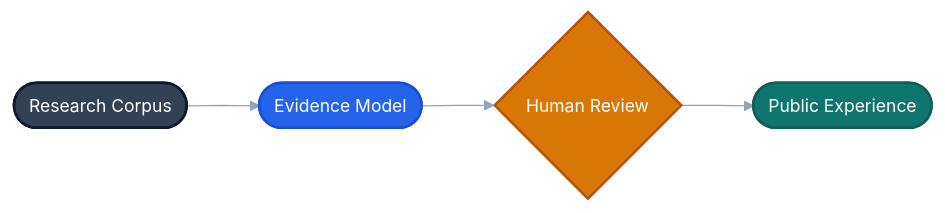
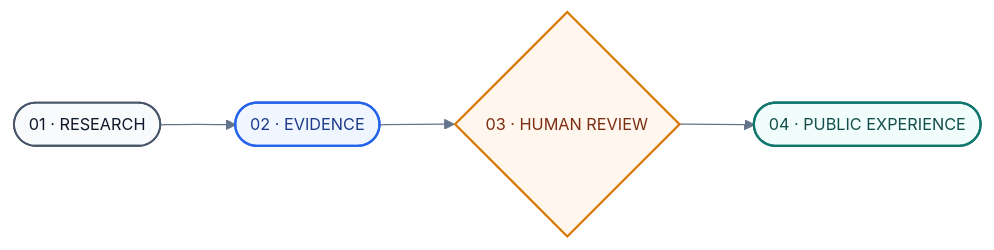
Before and after one commit to drferdi/Kediri-Kings-Century: the first of 4 diagrams in README.md, drawn with Mermaid. The commit also changed other lines of this file, not shown here.

Commit message:
docs(readme): fix table overlap and rebalance visual system

```diff
--- a/README.md
+++ b/README.md
@@ -256,20 +254,17 @@
 ~~~mermaid
-%%{init: {'theme':'base','flowchart':{'curve':'linear','nodeSpacing':42,'rankSpacing':58},'themeVariables':{'fontFamily':'Inter, ui-sans-serif, system-ui','fontSize':'14px','lineColor':'#94A3B8'}}}%%
+%%{init: {'theme':'base','flowchart':{'curve':'basis','nodeSpacing':46,'rankSpacing':60},'themeVariables':{'fontFamily':'Inter, ui-sans-serif, system-ui','fontSize':'13px','lineColor':'#64748B'}}}%%
 flowchart LR
-  A(["Research Corpus"])
-  B(["Evidence Model"])
-  C{"Human Review"}
-  D(["Public Experience"])
+  R(["01 · RESEARCH"]) --> E(["02 · EVIDENCE"])
+  E --> H{"03 · HUMAN REVIEW"}
+  H --> P(["04 · PUBLIC EXPERIENCE"])
 
-  A --> B --> C --> D
+  classDef neutral fill:#F8FAFC,stroke:#475569,stroke-width:1.5px,color:#0F172A;
+  classDef accent fill:#EFF6FF,stroke:#2563EB,stroke-width:1.8px,color:#1E3A8A;
+  classDef human fill:#FFF7ED,stroke:#D97706,stroke-width:1.8px,color:#7C2D12;
+  classDef output fill:#F0FDFA,stroke:#0F766E,stroke-width:1.8px,color:#134E4A;
 
-  classDef source fill:#334155,stroke:#0F172A,stroke-width:2px,color:#FFFFFF;
-  classDef core fill:#2563EB,stroke:#1D4ED8,stroke-width:2px,color:#FFFFFF;
-  classDef human fill:#D97706,stroke:#B45309,stroke-width:2px,color:#FFFFFF;
-  classDef output fill:#0F766E,stroke:#115E59,stroke-width:2px,color:#FFFFFF;
-
-  class A source;
-  class B core;
-  class C human;
-  class D output;
+  class R neutral;
+  class E accent;
+  class H human;
+  class P output;
 ~~~
```
